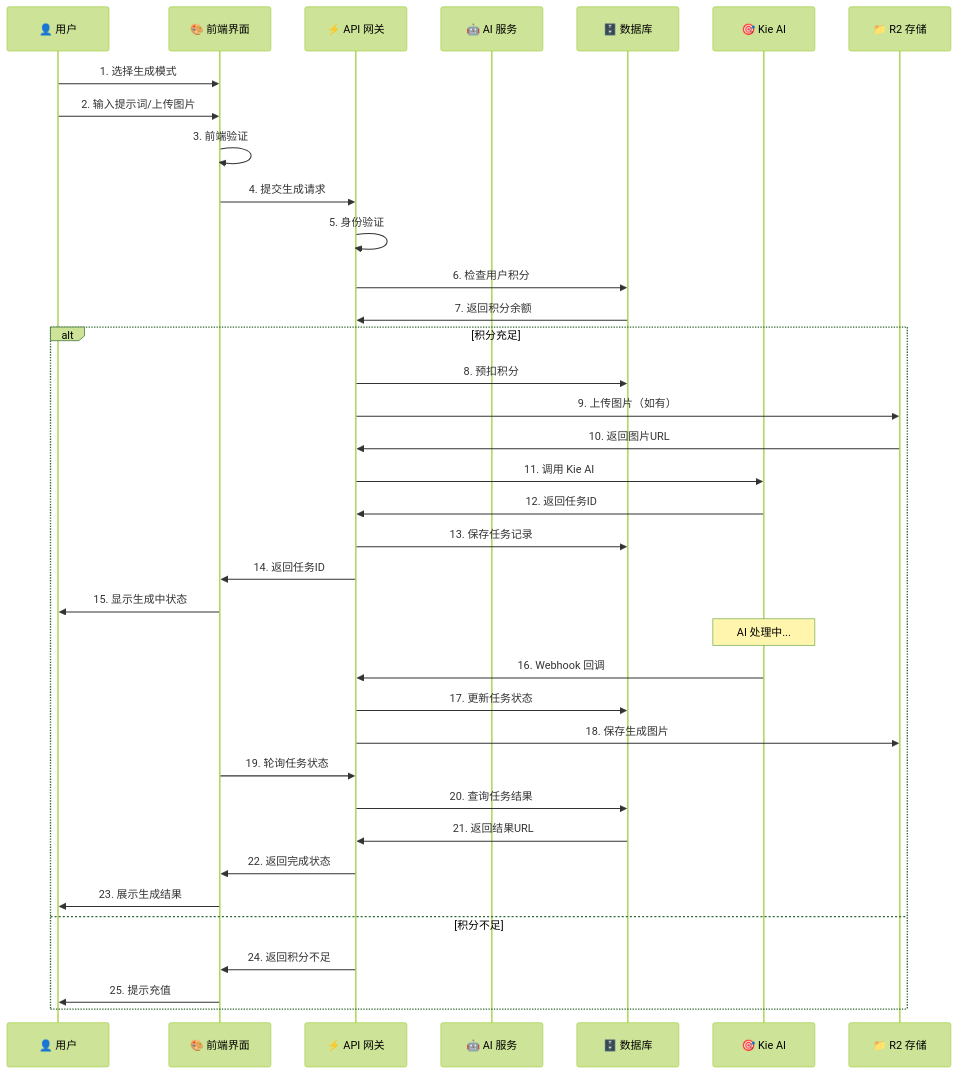
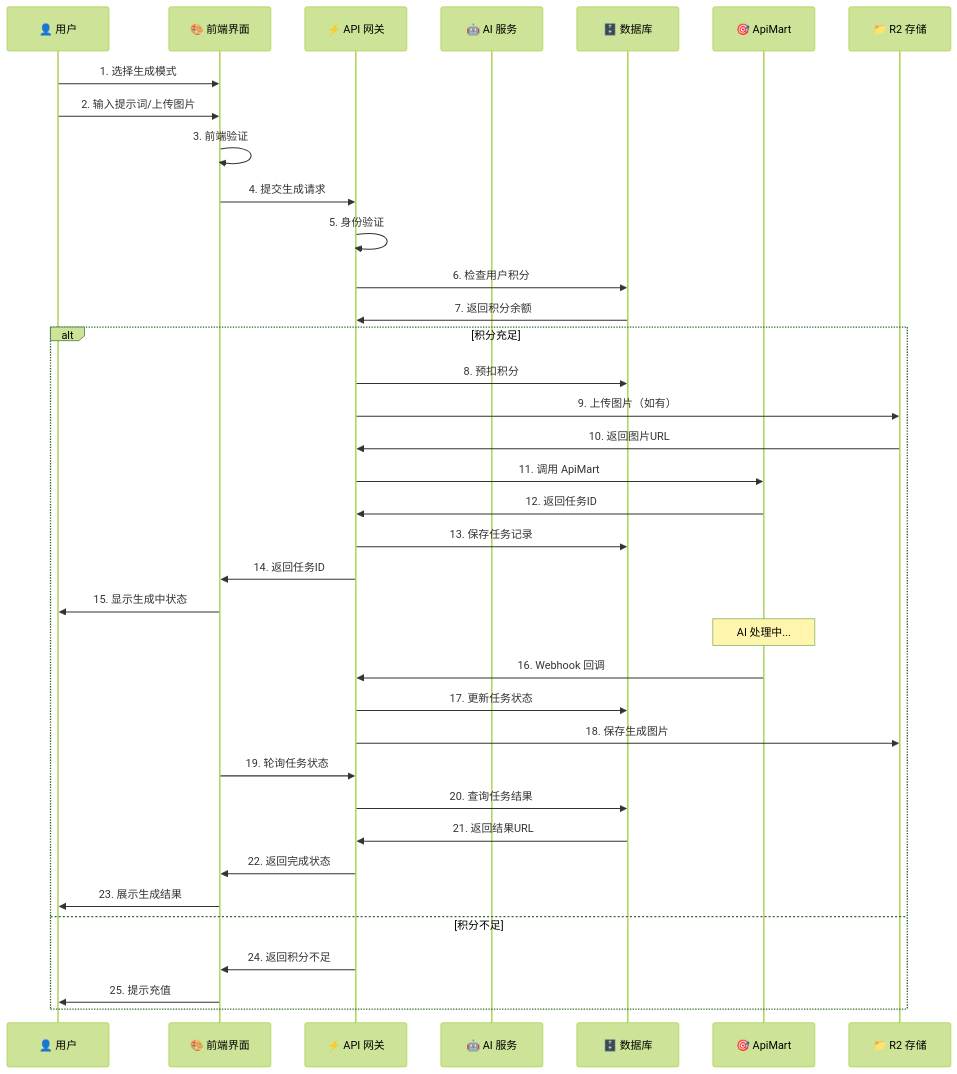
One commit to slideology/nanobananaimagetool changed the second of 4 diagrams in README.md. Above: the diagram before and after it, drawn with Mermaid (forest theme). The commit also changed other lines of this file and 17 other files, not shown here.

Commit message:
Add ApiMart Seedance 2.0 video support

````diff
--- a/README.md
+++ b/README.md
@@ -198,44 +204,44 @@
 ```mermaid
 sequenceDiagram
     participant U as 👤 用户
     participant F as 🎨 前端界面
     participant A as ⚡ API 网关
     participant S as 🤖 AI 服务
     participant D as 🗄️ 数据库
-    participant K as 🎯 Kie AI
+    participant K as 🎯 ApiMart
     participant R as 📁 R2 存储
 
     U->>F: 1. 选择生成模式
     U->>F: 2. 输入提示词/上传图片
     F->>F: 3. 前端验证
     F->>A: 4. 提交生成请求
     
     A->>A: 5. 身份验证
     A->>D: 6. 检查用户积分
     D->>A: 7. 返回积分余额
     
     alt 积分充足
         A->>D: 8. 预扣积分
         A->>R: 9. 上传图片（如有）
         R->>A: 10. 返回图片URL
-        A->>K: 11. 调用 Kie AI
+        A->>K: 11. 调用 ApiMart
         K->>A: 12. 返回任务ID
         A->>D: 13. 保存任务记录
         A->>F: 14. 返回任务ID
         F->>U: 15. 显示生成中状态
         
         Note over K: AI 处理中...
         K->>A: 16. Webhook 回调
         A->>D: 17. 更新任务状态
         A->>R: 18. 保存生成图片
         
         F->>A: 19. 轮询任务状态
         A->>D: 20. 查询任务结果
         D->>A: 21. 返回结果URL
         A->>F: 22. 返回完成状态
         F->>U: 23. 展示生成结果
     else 积分不足
         A->>F: 24. 返回积分不足
         F->>U: 25. 提示充值
     end
 ```
````
